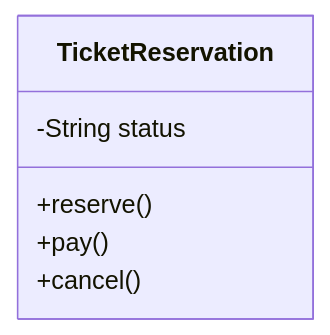
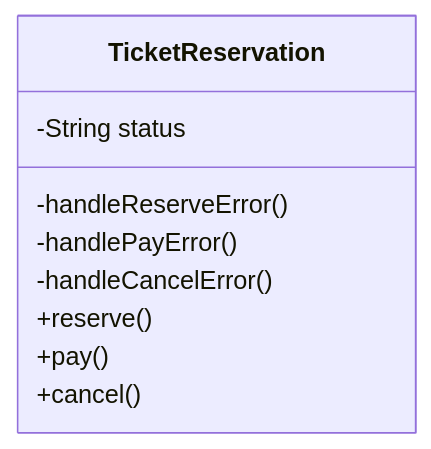
One commit to kumachan1101-pixel/DesignPattern changed the second of 8 diagrams in kindle/design-patterns/output/chapter03.md. Above: the diagram before and after it, drawn with Mermaid. The commit also changed 2 other files, not shown here.

Commit message:
fix: ch01/02/03 フェーズ6ステップ1再構成・クラス図修正
- ch01: ステップ2の導入文を「ステップ1の共通シグネチャ発見」を受ける形に修正
- ch02: ステップ1を「各処理を独立メソッドに切り出す＋判定を別メソッドに」へ再構成
- ch03: クラス図にprivateメソッド（handleReserveError等）を追加（コード実態と整合）

Claude-Session: https://claude.ai/code/session_01GSsvuLbkfeHne6C8yZFmk5

````diff
--- a/kindle/design-patterns/output/chapter03.md
+++ b/kindle/design-patterns/output/chapter03.md
@@ -82,9 +82,12 @@
 ```mermaid
 classDiagram
     class TicketReservation {
         -String status
+        -handleReserveError()
+        -handlePayError()
+        -handleCancelError()
         +reserve()
         +pay()
         +cancel()
     }
 ```
````
